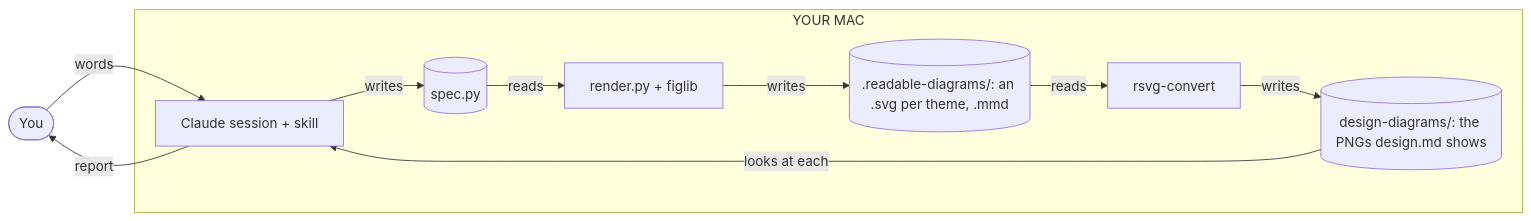
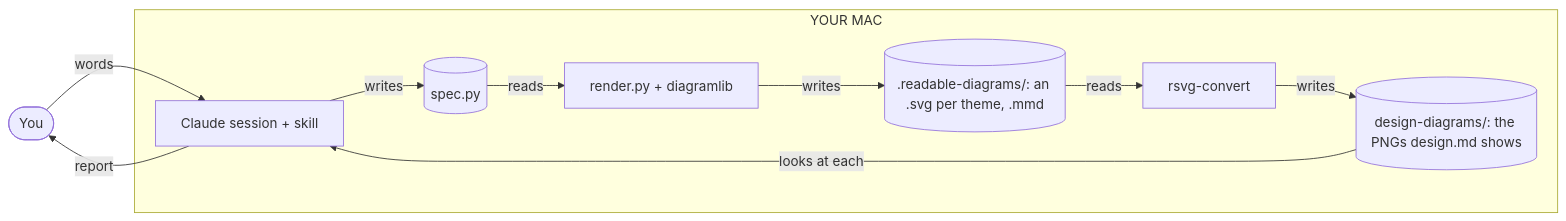
The first of 2 diagrams in skills/readable-diagrams/HOW-IT-WORKS.md (DanTanzer/dans-skills), drawn with Mermaid before and after one commit. The commit also changed other lines of this file and 17 other files, not shown here.

First line of the commit message:
readable-diagrams: figlib is now diagramlib, and a figure is a diagram

````diff
--- a/skills/readable-diagrams/HOW-IT-WORKS.md
+++ b/skills/readable-diagrams/HOW-IT-WORKS.md
@@ -41,14 +41,14 @@
 ```mermaid
 flowchart LR
   you(["You"])
   subgraph mac["YOUR MAC"]
     claude["Claude session + skill"] -->|writes| spec[("spec.py")]
-    spec -->|reads| render["render.py + figlib"]
+    spec -->|reads| render["render.py + diagramlib"]
     render -->|writes| build[(".readable-diagrams/: an .svg per theme, .mmd")]
     build -->|reads| exporter["rsvg-convert"]
     exporter -->|writes| pngs[("design-diagrams/: the PNGs design.md shows")]
     pngs -->|looks at each| claude
   end
   you -->|words| claude
   claude -->|report| you
 ```
````
